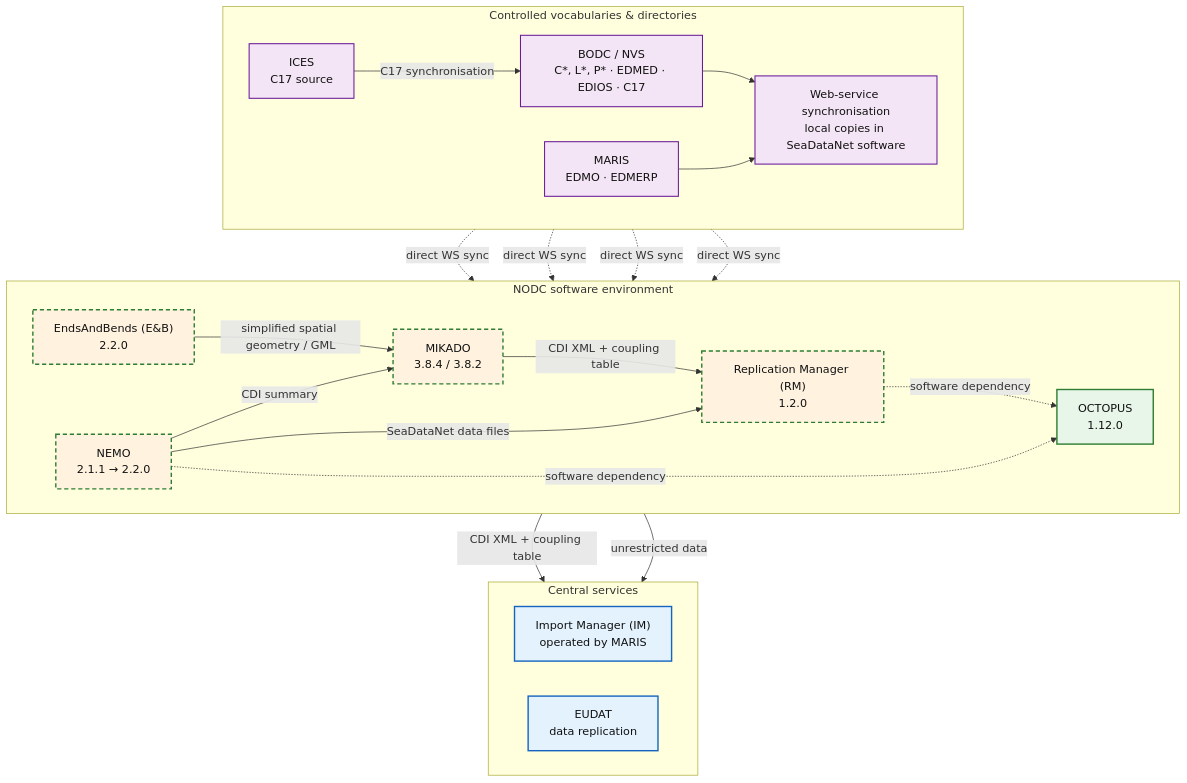
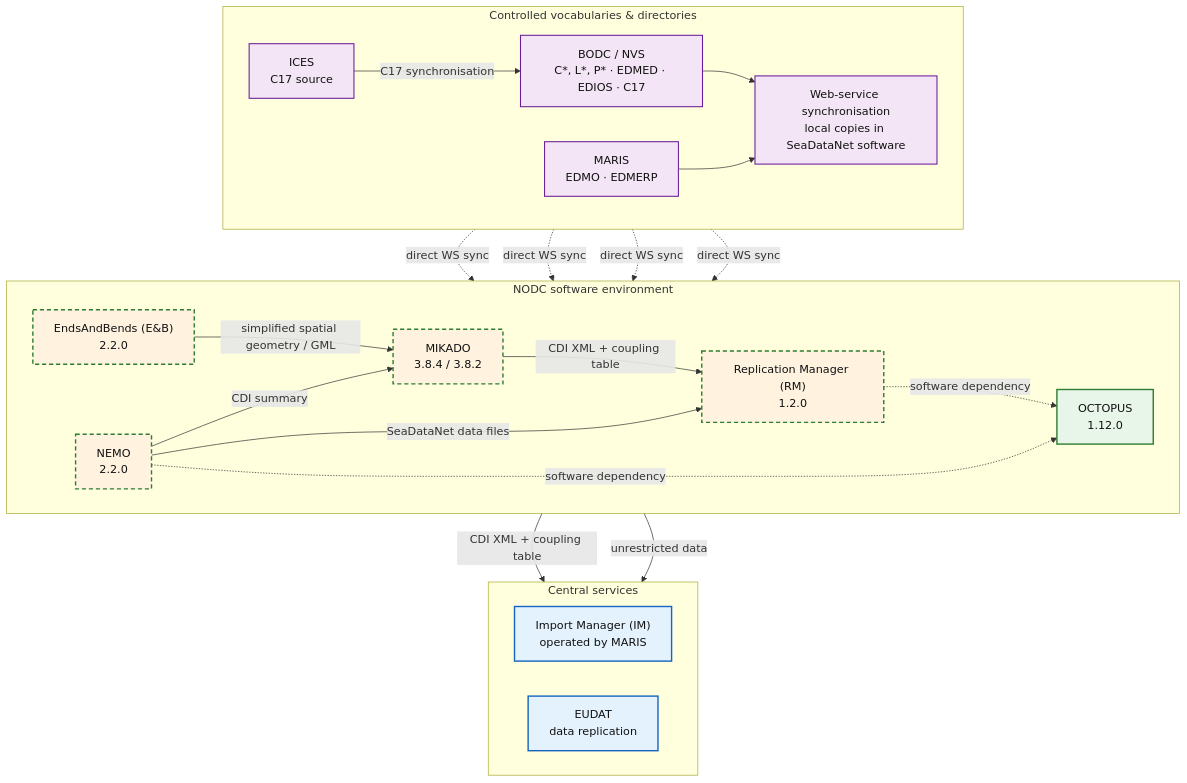
The second of 4 diagrams in profile/README.md (seadatanet/.github), drawn with Mermaid before and after one commit.

Commit message:
Update NEMO version in README

````diff
--- a/profile/README.md
+++ b/profile/README.md
@@ -45,56 +45,56 @@
 ```mermaid
 flowchart TB
 
   subgraph SEM["Controlled vocabularies & directories"]
     direction LR
     ICES["ICES<br/>C17 source"]
     BODC["BODC / NVS<br/>C*, L*, P* · EDMED · EDIOS · C17"]
     MARIS["MARIS<br/>EDMO · EDMERP"]
     SYNC["Web-service synchronisation<br/>local copies in SeaDataNet software"]
 
     ICES -->|"C17 synchronisation"| BODC
     BODC --> SYNC
     MARIS --> SYNC
   end
 
   subgraph NODC["NODC software environment"]
     direction LR
     EB["EndsAndBends (E&B)<br/>2.2.0"]
-    NEMO["NEMO<br/>2.1.1 → 2.2.0"]
+    NEMO["NEMO<br/>2.2.0"]
     MIKADO["MIKADO<br/>3.8.4 / 3.8.2"]
     RM["Replication Manager (RM)<br/>1.2.0"]
     OCTOPUS["OCTOPUS<br/>1.12.0"]
   end
 
   subgraph CENTRAL["Central services"]
     direction LR
     IM["Import Manager (IM)<br/>operated by MARIS"]
     EUDAT["EUDAT<br/>data replication"]
   end
 
   EB -->|"simplified spatial geometry / GML"| MIKADO
   NEMO -->|"CDI summary"| MIKADO
   NEMO -->|"SeaDataNet data files"| RM
   MIKADO -->|"CDI XML + coupling table"| RM
 
   NEMO -.->|"software dependency"| OCTOPUS
   RM -.->|"software dependency"| OCTOPUS
 
   RM -->|"CDI XML + coupling table"| IM
   RM -->|"unrestricted data"| EUDAT
 
   SYNC -.->|"direct WS sync"| OCTOPUS
   SYNC -.->|"direct WS sync"| NEMO
   SYNC -.->|"direct WS sync"| MIKADO
   SYNC -.->|"direct WS sync"| RM
 
   classDef public fill:#e8f5e9,stroke:#2e7d32,stroke-width:2px,color:#111;
   classDef transition fill:#fff3e0,stroke:#2e7d32,stroke-width:2px,stroke-dasharray:6 4,color:#111;
   classDef external fill:#e3f2fd,stroke:#1565c0,stroke-width:2px,color:#111;
   classDef semantic fill:#f3e5f5,stroke:#6a1b9a,stroke-width:1.5px,color:#111;
 
   class OCTOPUS public;
   class NEMO,MIKADO,RM,EB transition;
   class IM,EUDAT external;
   class ICES,BODC,MARIS,SYNC semantic;
 ```
````
